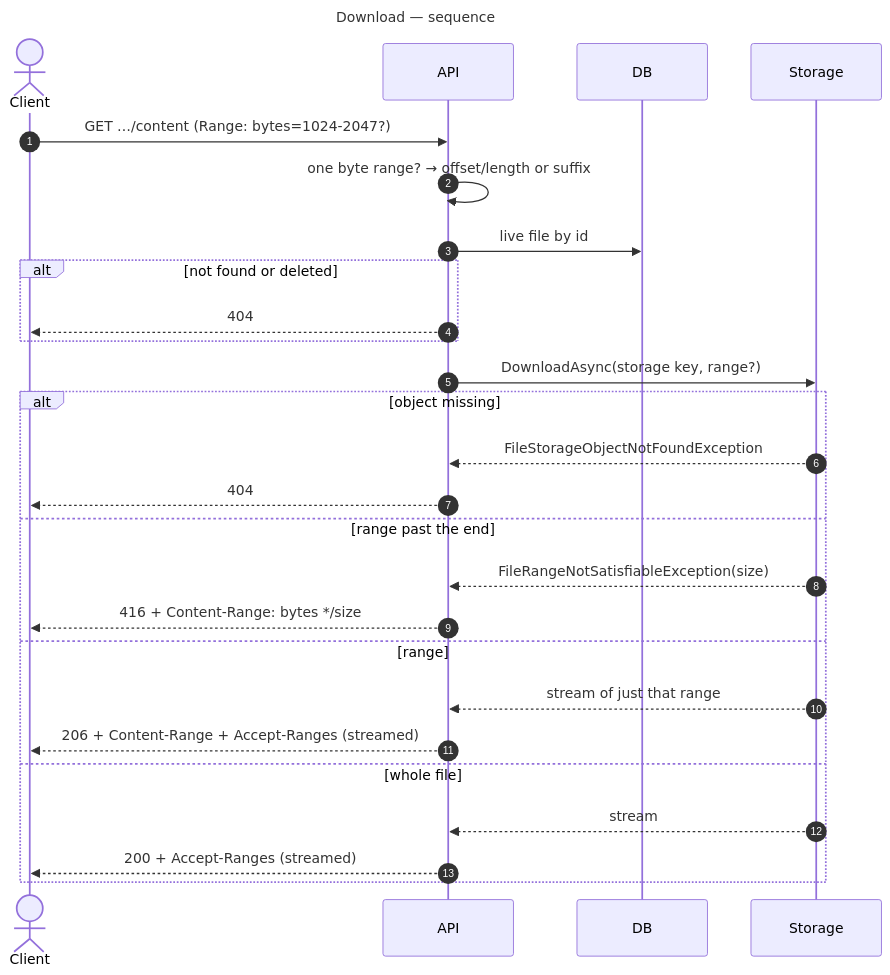
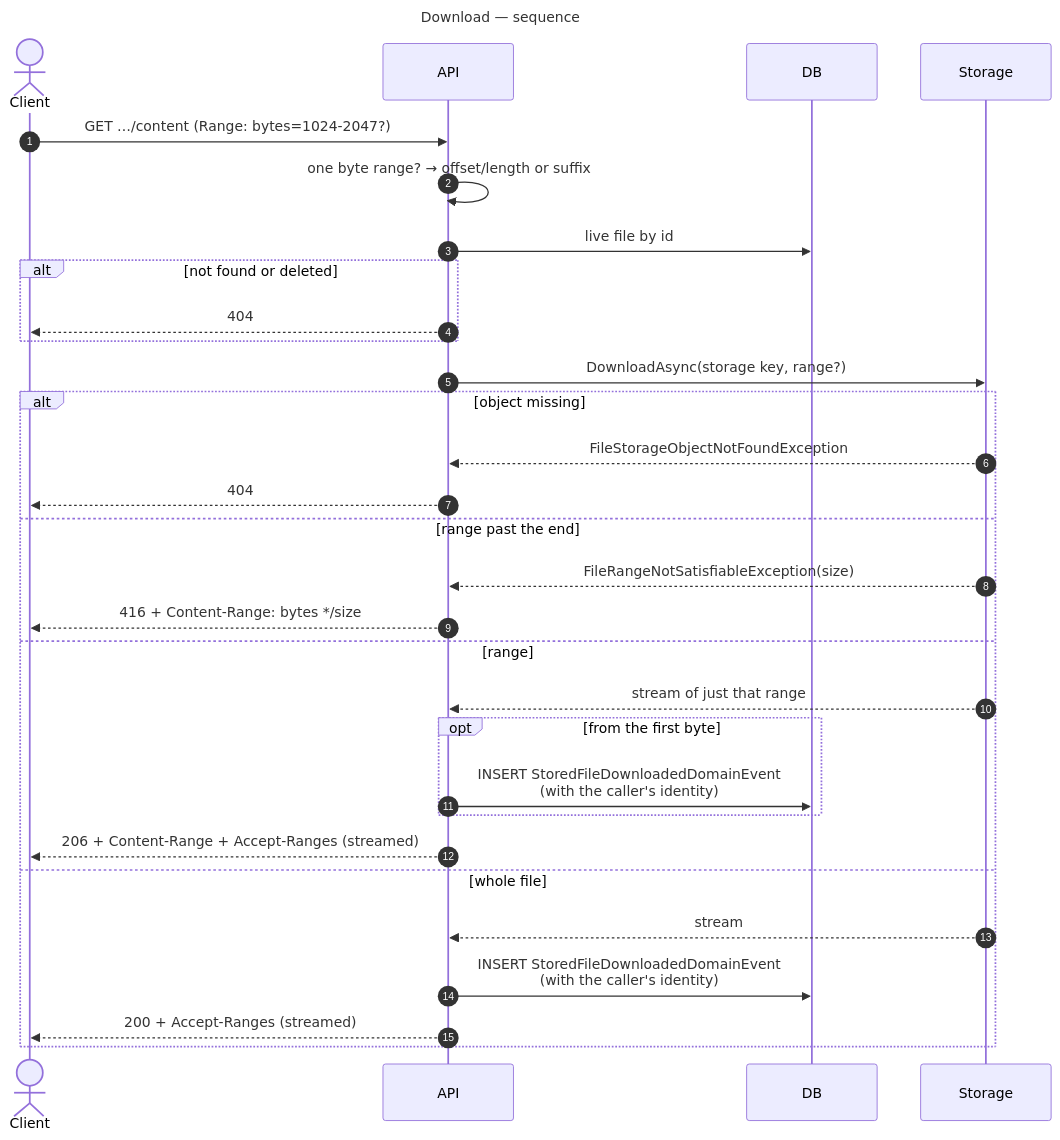
One commit to gmetskhvarishvili/GM.FileStorage.Samples changed the seventh of 16 diagrams in docs/sequence-diagrams.md. Above: the diagram before and after it, drawn with Mermaid. The commit also changed other lines of this file and 33 other files, not shown here.

````diff
--- a/docs/sequence-diagrams.md
+++ b/docs/sequence-diagrams.md
@@ -244,32 +255,36 @@
 ```mermaid
 ---
 title: Download — sequence
 ---
 sequenceDiagram
     autonumber
     actor C as Client
     participant API
     participant DB
     participant S as Storage
 
     C->>API: GET …/content (Range: bytes=1024-2047?)
     API->>API: one byte range? → offset/length or suffix
     API->>DB: live file by id
     alt not found or deleted
         API-->>C: 404
     end
     API->>S: DownloadAsync(storage key, range?)
     alt object missing
         S-->>API: FileStorageObjectNotFoundException
         API-->>C: 404
     else range past the end
         S-->>API: FileRangeNotSatisfiableException(size)
         API-->>C: 416 + Content-Range: bytes */size
     else range
         S-->>API: stream of just that range
+        opt from the first byte
+            API->>DB: INSERT StoredFileDownloadedDomainEvent<br/>(with the caller's identity)
+        end
         API-->>C: 206 + Content-Range + Accept-Ranges (streamed)
     else whole file
         S-->>API: stream
+        API->>DB: INSERT StoredFileDownloadedDomainEvent<br/>(with the caller's identity)
         API-->>C: 200 + Accept-Ranges (streamed)
     end
 ```
````
